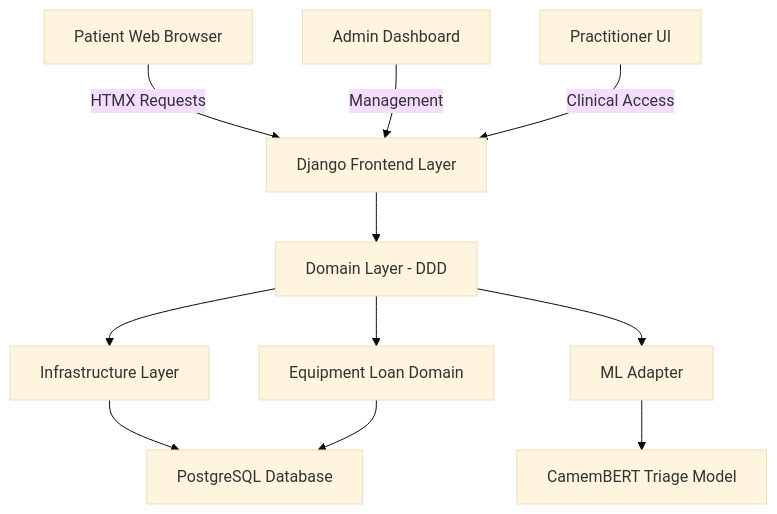
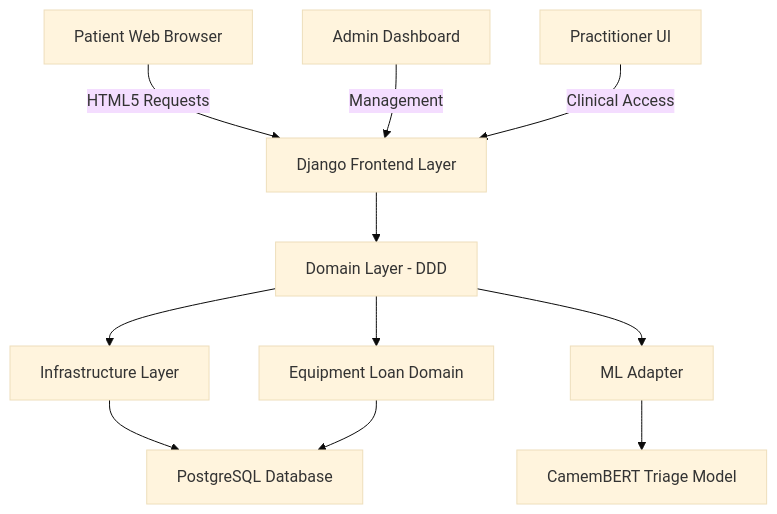
One commit to vtiquet/holbertonschool-portfolio_project changed the first of 3 diagrams in Report_main.md. Above: the diagram before and after it, drawn with Mermaid (base theme). The commit also changed other lines of this file, not shown here.

````diff
--- a/Report_main.md
+++ b/Report_main.md
@@ -103,13 +118,13 @@
 ```mermaid
 graph TD
-    A[Patient Web Browser] -->|HTMX Requests| B[Django Frontend Layer]
+    A[Patient Web Browser] -->|HTML5 Requests| B[Django Frontend Layer]
     B --> C[Domain Layer - DDD]
     C --> D[Infrastructure Layer]
     D --> E[PostgreSQL Database]
     C --> F[ML Adapter]
     F --> G[CamemBERT Triage Model]
     C --> H[Equipment Loan Domain]
     H --> E
     I[Admin Dashboard] -->|Management| B
     J[Practitioner UI] -->|Clinical Access| B
 ```
````
